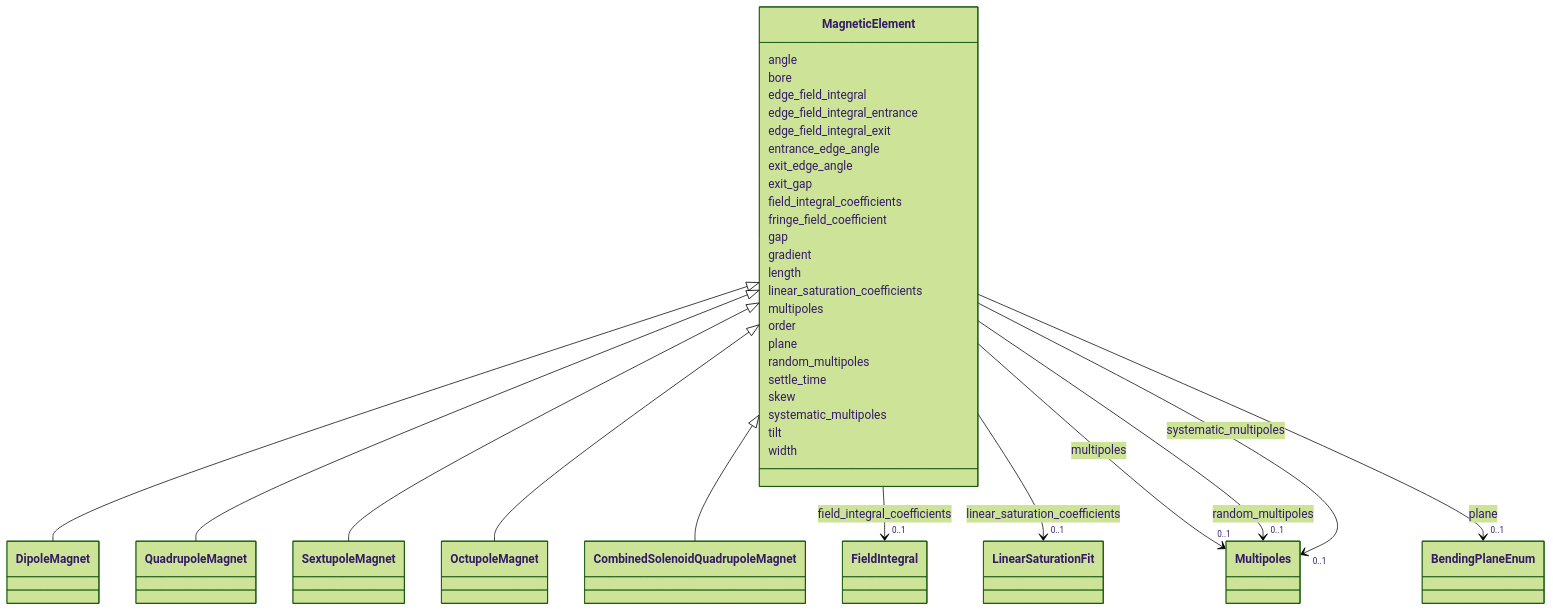
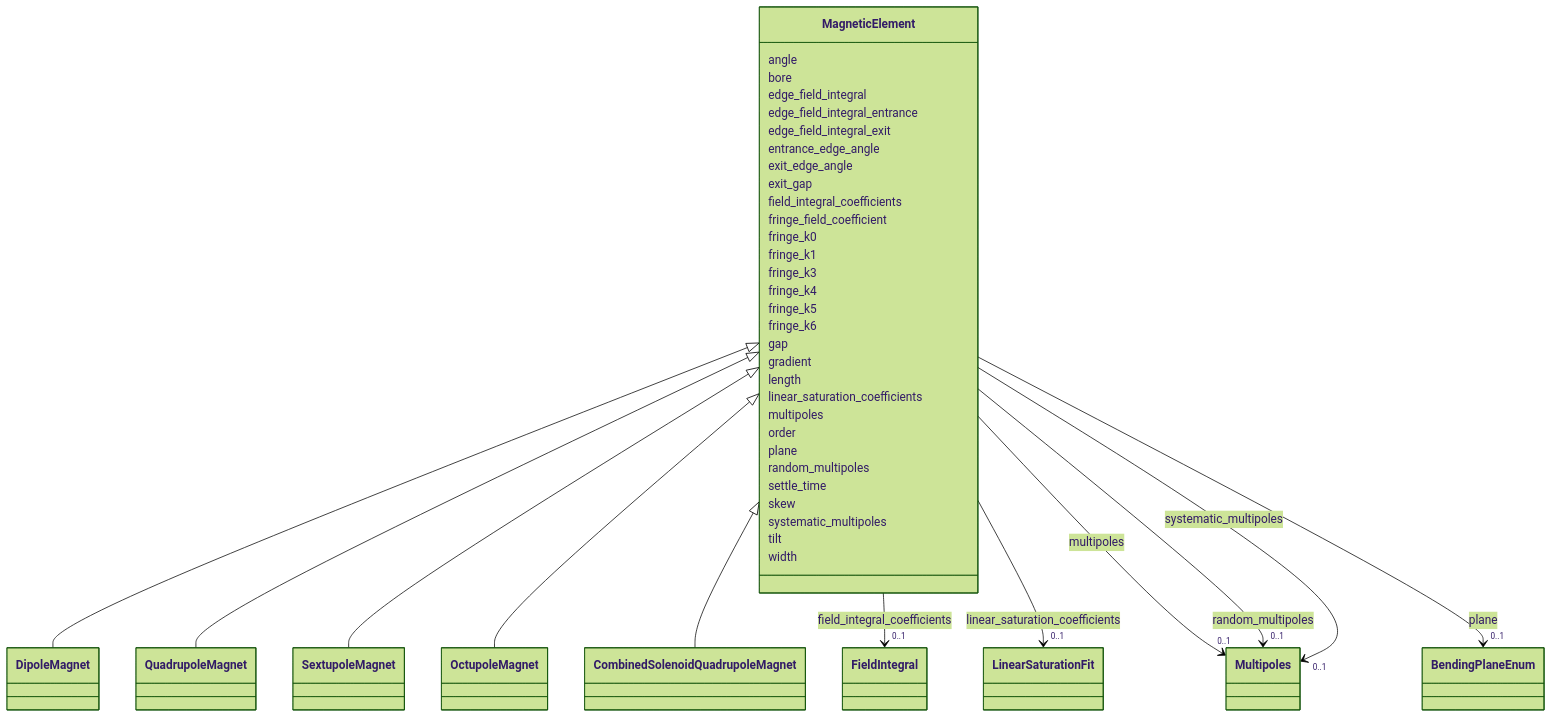
One commit to astec-stfc/laura changed the diagram in docs/source/schema/MagneticElement.md. Above: the diagram before and after it, drawn with Mermaid (forest theme). The commit also changed other lines of this file and 42 other files, not shown here.

```diff
--- a/docs/source/schema/MagneticElement.md
+++ b/docs/source/schema/MagneticElement.md
@@ -58,6 +58,18 @@
 
         
       MagneticElement : fringe_field_coefficient
+        
+      MagneticElement : fringe_k0
+        
+      MagneticElement : fringe_k1
+        
+      MagneticElement : fringe_k3
+        
+      MagneticElement : fringe_k4
+        
+      MagneticElement : fringe_k5
+        
+      MagneticElement : fringe_k6
         
       MagneticElement : gap
         
```
